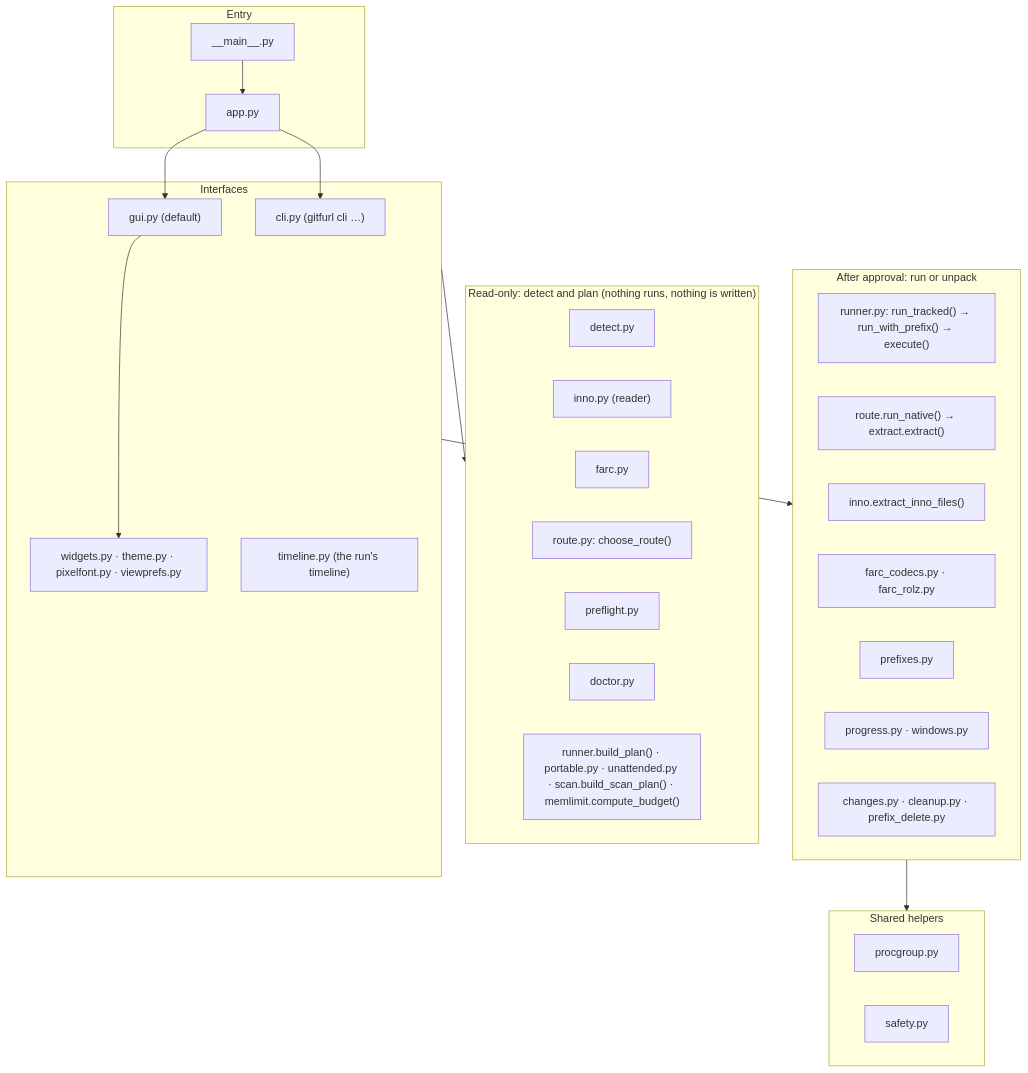
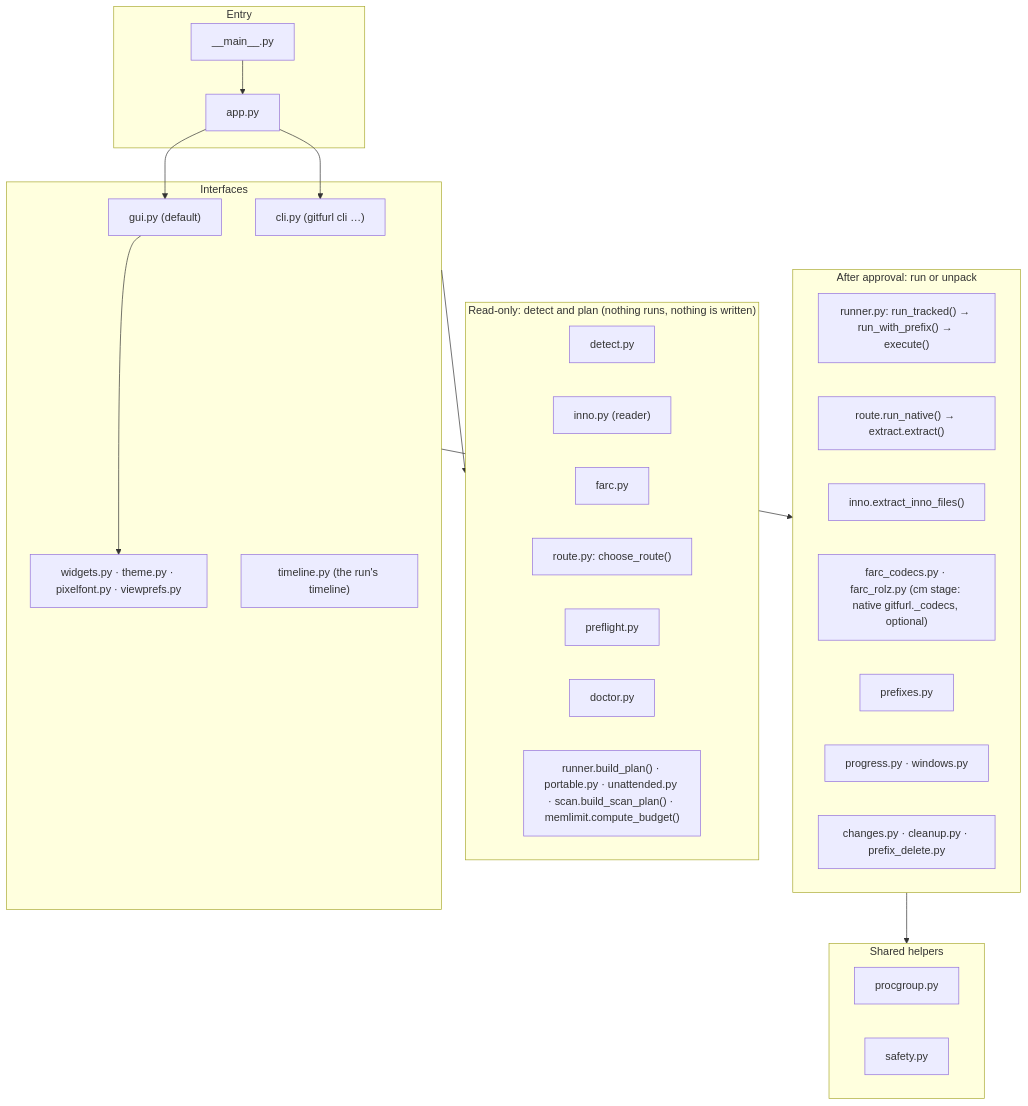
Before and after one commit to undecuple/gitfurl: the first of 6 diagrams in docs/code-map.md, drawn with Mermaid. The commit also changed other lines of this file and 35 other files, not shown here.

Commit message:
FreeArc: decode the cm stage with an optional native module (Rust) (#65)

````diff
--- a/docs/code-map.md
+++ b/docs/code-map.md
@@ -9,39 +9,39 @@
 ```mermaid
 flowchart TB
   subgraph entry["Entry"]
     main["__main__.py"] --> app["app.py"]
   end
   subgraph ui["Interfaces"]
     gui["gui.py (default)"]
     cli["cli.py (gitfurl cli …)"]
     widgets["widgets.py · theme.py · pixelfont.py · viewprefs.py"]
     timeline["timeline.py (the run's timeline)"]
   end
   subgraph plan["Read-only: detect and plan (nothing runs, nothing is written)"]
     detect["detect.py"]
     inno["inno.py (reader)"]
     farc["farc.py"]
     route["route.py: choose_route()"]
     preflight["preflight.py"]
     doctor["doctor.py"]
     builders["runner.build_plan() · portable.py · unattended.py · scan.build_scan_plan() · memlimit.compute_budget()"]
   end
   subgraph run["After approval: run or unpack"]
     runner["runner.py: run_tracked() → run_with_prefix() → execute()"]
     native["route.run_native() → extract.extract()"]
     innox["inno.extract_inno_files()"]
-    codecs["farc_codecs.py · farc_rolz.py"]
+    codecs["farc_codecs.py · farc_rolz.py (cm stage: native gitfurl._codecs, optional)"]
     prefixes["prefixes.py"]
     progress["progress.py · windows.py"]
     changes["changes.py · cleanup.py · prefix_delete.py"]
   end
   subgraph shared["Shared helpers"]
     procgroup["procgroup.py"]
     safety["safety.py"]
   end
   app --> gui & cli
   gui --> widgets
   ui --> plan
   ui --> run
   run --> shared
 ```
````
